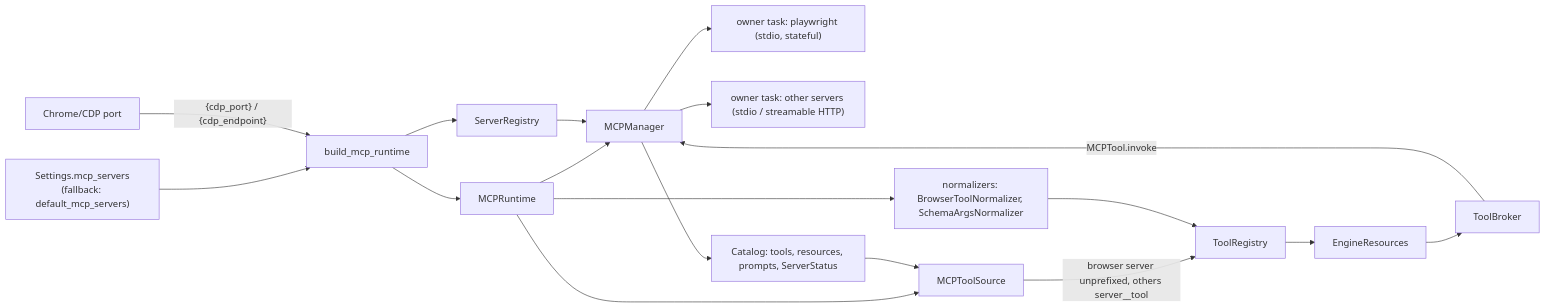
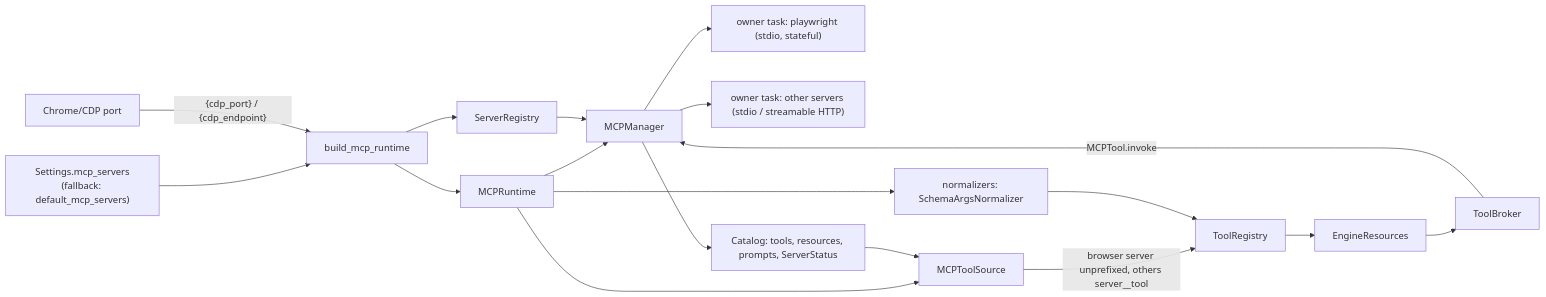
Before and after one commit to Hastur456/AutoBrowser: the first of 2 diagrams in docs/diagrams/mcp-runtime.md, drawn with Mermaid. The commit also changed 13 other files, not shown here.

````diff
--- a/docs/diagrams/mcp-runtime.md
+++ b/docs/diagrams/mcp-runtime.md
@@ -7,20 +7,20 @@
 ```mermaid
 flowchart LR
   Settings["Settings.mcp_servers<br/>(fallback: default_mcp_servers)"] --> Build[build_mcp_runtime]
   Chrome[Chrome/CDP port] -->|"{cdp_port} / {cdp_endpoint}"| Build
   Build --> Registry[ServerRegistry]
   Build --> Runtime[MCPRuntime]
   Runtime --> Manager[MCPManager]
   Registry --> Manager
   Manager --> Conn1["owner task: playwright (stdio, stateful)"]
   Manager --> ConnN["owner task: other servers (stdio / streamable HTTP)"]
   Manager --> Catalog[Catalog: tools, resources, prompts, ServerStatus]
   Runtime --> Source[MCPToolSource]
   Catalog --> Source
   Source -->|"browser server unprefixed, others server__tool"| Registry2[ToolRegistry]
-  Runtime --> Norm["normalizers: BrowserToolNormalizer, SchemaArgsNormalizer"]
+  Runtime --> Norm["normalizers: SchemaArgsNormalizer"]
   Norm --> Registry2
   Registry2 --> Resources[EngineResources]
   Resources --> Broker[ToolBroker]
   Broker -->|MCPTool.invoke| Manager
 ```
````
